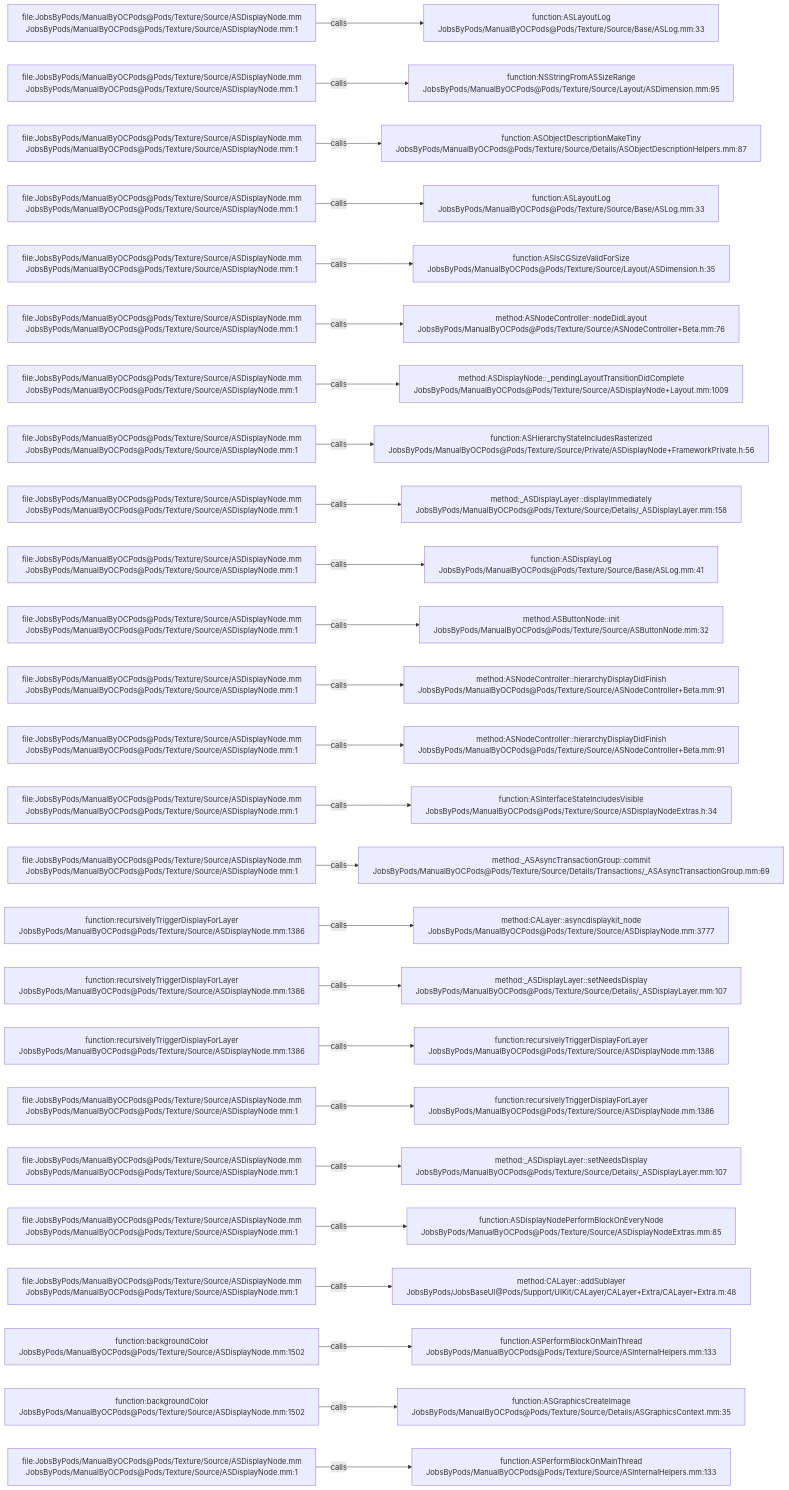
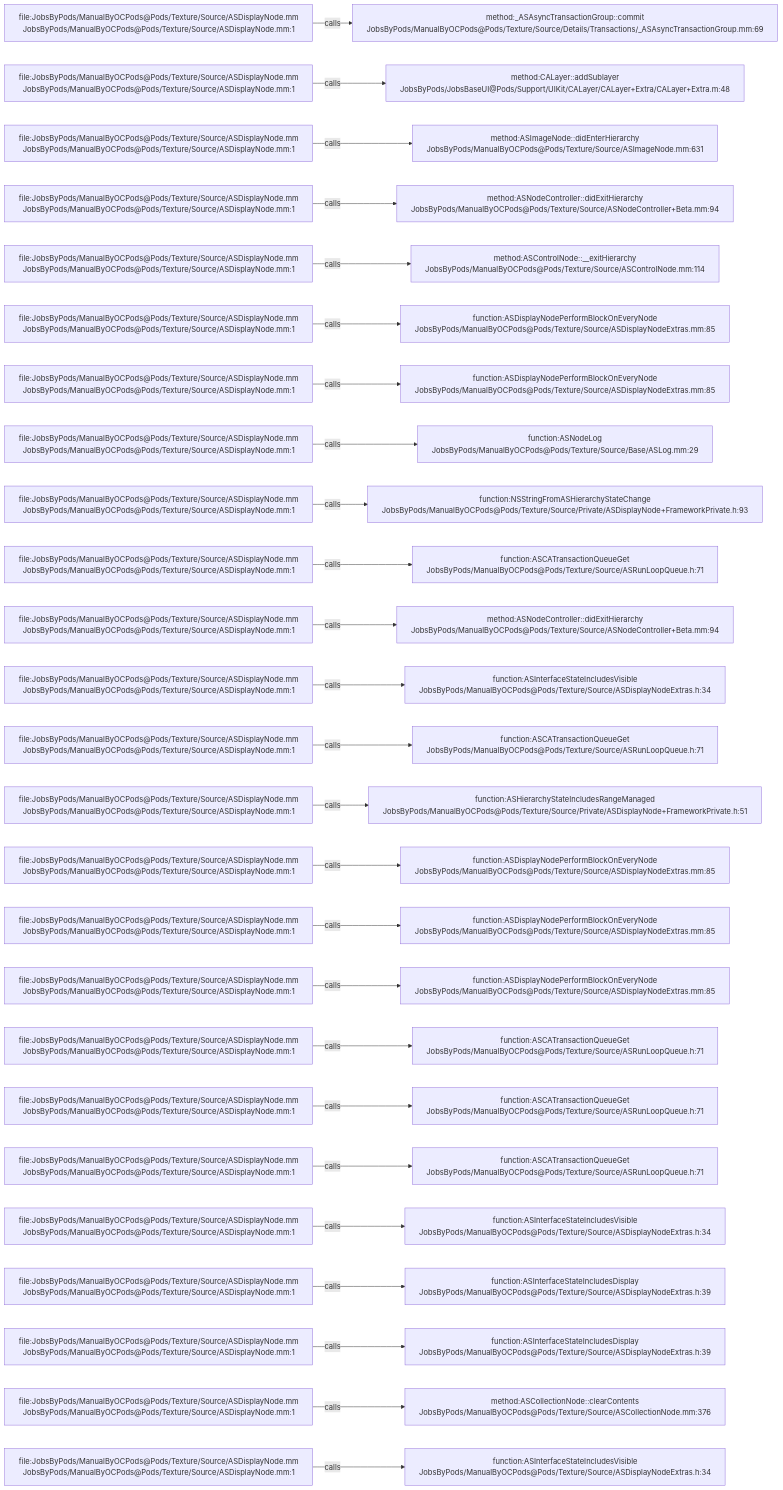
The diagram in .codegraph/codegraph.md/graphs/calls-100.md (JobsKits/JobsOCBaseConfigDemo), drawn with Mermaid before and after one commit. The commit also changed 1353 other files, not shown here.

````diff
--- a/.codegraph/codegraph.md/graphs/calls-100.md
+++ b/.codegraph/codegraph.md/graphs/calls-100.md
@@ -13,78 +13,78 @@
 ```mermaid
 flowchart LR
   S1["file:JobsByPods/ManualByOCPods@Pods/Texture/Source/ASDisplayNode.mm<br/>JobsByPods/ManualByOCPods@Pods/Texture/Source/ASDisplayNode.mm:1"]
-  T1["function:ASLayoutLog<br/>JobsByPods/ManualByOCPods@Pods/Texture/Source/Base/ASLog.mm:33"]
+  T1["method:_ASAsyncTransactionGroup::commit<br/>JobsByPods/ManualByOCPods@Pods/Texture/Source/Details/Transactions/_ASAsyncTransactionGroup.mm:69"]
   S1 -->|calls| T1
   S2["file:JobsByPods/ManualByOCPods@Pods/Texture/Source/ASDisplayNode.mm<br/>JobsByPods/ManualByOCPods@Pods/Texture/Source/ASDisplayNode.mm:1"]
-  T2["function:NSStringFromASSizeRange<br/>JobsByPods/ManualByOCPods@Pods/Texture/Source/Layout/ASDimension.mm:95"]
+  T2["method:CALayer::addSublayer<br/>JobsByPods/JobsBaseUI@Pods/Support/UIKit/CALayer/CALayer+Extra/CALayer+Extra.m:48"]
   S2 -->|calls| T2
   S3["file:JobsByPods/ManualByOCPods@Pods/Texture/Source/ASDisplayNode.mm<br/>JobsByPods/ManualByOCPods@Pods/Texture/Source/ASDisplayNode.mm:1"]
-  T3["function:ASObjectDescriptionMakeTiny<br/>JobsByPods/ManualByOCPods@Pods/Texture/Source/Details/ASObjectDescriptionHelpers.mm:87"]
+  T3["method:ASImageNode::didEnterHierarchy<br/>JobsByPods/ManualByOCPods@Pods/Texture/Source/ASImageNode.mm:631"]
   S3 -->|calls| T3
   S4["file:JobsByPods/ManualByOCPods@Pods/Texture/Source/ASDisplayNode.mm<br/>JobsByPods/ManualByOCPods@Pods/Texture/Source/ASDisplayNode.mm:1"]
-  T4["function:ASLayoutLog<br/>JobsByPods/ManualByOCPods@Pods/Texture/Source/Base/ASLog.mm:33"]
+  T4["method:ASNodeController::didExitHierarchy<br/>JobsByPods/ManualByOCPods@Pods/Texture/Source/ASNodeController+Beta.mm:94"]
   S4 -->|calls| T4
   S5["file:JobsByPods/ManualByOCPods@Pods/Texture/Source/ASDisplayNode.mm<br/>JobsByPods/ManualByOCPods@Pods/Texture/Source/ASDisplayNode.mm:1"]
-  T5["function:ASIsCGSizeValidForSize<br/>JobsByPods/ManualByOCPods@Pods/Texture/Source/Layout/ASDimension.h:35"]
+  T5["method:ASControlNode::__exitHierarchy<br/>JobsByPods/ManualByOCPods@Pods/Texture/Source/ASControlNode.mm:114"]
   S5 -->|calls| T5
   S6["file:JobsByPods/ManualByOCPods@Pods/Texture/Source/ASDisplayNode.mm<br/>JobsByPods/ManualByOCPods@Pods/Texture/Source/ASDisplayNode.mm:1"]
-  T6["method:ASNodeController::nodeDidLayout<br/>JobsByPods/ManualByOCPods@Pods/Texture/Source/ASNodeController+Beta.mm:76"]
+  T6["function:ASDisplayNodePerformBlockOnEveryNode<br/>JobsByPods/ManualByOCPods@Pods/Texture/Source/ASDisplayNodeExtras.mm:85"]
   S6 -->|calls| T6
   S7["file:JobsByPods/ManualByOCPods@Pods/Texture/Source/ASDisplayNode.mm<br/>JobsByPods/ManualByOCPods@Pods/Texture/Source/ASDisplayNode.mm:1"]
-  T7["method:ASDisplayNode::_pendingLayoutTransitionDidComplete<br/>JobsByPods/ManualByOCPods@Pods/Texture/Source/ASDisplayNode+Layout.mm:1009"]
+  T7["function:ASDisplayNodePerformBlockOnEveryNode<br/>JobsByPods/ManualByOCPods@Pods/Texture/Source/ASDisplayNodeExtras.mm:85"]
   S7 -->|calls| T7
   S8["file:JobsByPods/ManualByOCPods@Pods/Texture/Source/ASDisplayNode.mm<br/>JobsByPods/ManualByOCPods@Pods/Texture/Source/ASDisplayNode.mm:1"]
-  T8["function:ASHierarchyStateIncludesRasterized<br/>JobsByPods/ManualByOCPods@Pods/Texture/Source/Private/ASDisplayNode+FrameworkPrivate.h:56"]
+  T8["function:ASNodeLog<br/>JobsByPods/ManualByOCPods@Pods/Texture/Source/Base/ASLog.mm:29"]
   S8 -->|calls| T8
   S9["file:JobsByPods/ManualByOCPods@Pods/Texture/Source/ASDisplayNode.mm<br/>JobsByPods/ManualByOCPods@Pods/Texture/Source/ASDisplayNode.mm:1"]
-  T9["method:_ASDisplayLayer::displayImmediately<br/>JobsByPods/ManualByOCPods@Pods/Texture/Source/Details/_ASDisplayLayer.mm:158"]
+  T9["function:NSStringFromASHierarchyStateChange<br/>JobsByPods/ManualByOCPods@Pods/Texture/Source/Private/ASDisplayNode+FrameworkPrivate.h:93"]
   S9 -->|calls| T9
   S10["file:JobsByPods/ManualByOCPods@Pods/Texture/Source/ASDisplayNode.mm<br/>JobsByPods/ManualByOCPods@Pods/Texture/Source/ASDisplayNode.mm:1"]
-  T10["function:ASDisplayLog<br/>JobsByPods/ManualByOCPods@Pods/Texture/Source/Base/ASLog.mm:41"]
+  T10["function:ASCATransactionQueueGet<br/>JobsByPods/ManualByOCPods@Pods/Texture/Source/ASRunLoopQueue.h:71"]
   S10 -->|calls| T10
   S11["file:JobsByPods/ManualByOCPods@Pods/Texture/Source/ASDisplayNode.mm<br/>JobsByPods/ManualByOCPods@Pods/Texture/Source/ASDisplayNode.mm:1"]
-  T11["method:ASButtonNode::init<br/>JobsByPods/ManualByOCPods@Pods/Texture/Source/ASButtonNode.mm:32"]
+  T11["method:ASNodeController::didExitHierarchy<br/>JobsByPods/ManualByOCPods@Pods/Texture/Source/ASNodeController+Beta.mm:94"]
   S11 -->|calls| T11
   S12["file:JobsByPods/ManualByOCPods@Pods/Texture/Source/ASDisplayNode.mm<br/>JobsByPods/ManualByOCPods@Pods/Texture/Source/ASDisplayNode.mm:1"]
-  T12["method:ASNodeController::hierarchyDisplayDidFinish<br/>JobsByPods/ManualByOCPods@Pods/Texture/Source/ASNodeController+Beta.mm:91"]
+  T12["function:ASInterfaceStateIncludesVisible<br/>JobsByPods/ManualByOCPods@Pods/Texture/Source/ASDisplayNodeExtras.h:34"]
   S12 -->|calls| T12
   S13["file:JobsByPods/ManualByOCPods@Pods/Texture/Source/ASDisplayNode.mm<br/>JobsByPods/ManualByOCPods@Pods/Texture/Source/ASDisplayNode.mm:1"]
-  T13["method:ASNodeController::hierarchyDisplayDidFinish<br/>JobsByPods/ManualByOCPods@Pods/Texture/Source/ASNodeController+Beta.mm:91"]
+  T13["function:ASCATransactionQueueGet<br/>JobsByPods/ManualByOCPods@Pods/Texture/Source/ASRunLoopQueue.h:71"]
   S13 -->|calls| T13
   S14["file:JobsByPods/ManualByOCPods@Pods/Texture/Source/ASDisplayNode.mm<br/>JobsByPods/ManualByOCPods@Pods/Texture/Source/ASDisplayNode.mm:1"]
-  T14["function:ASInterfaceStateIncludesVisible<br/>JobsByPods/ManualByOCPods@Pods/Texture/Source/ASDisplayNodeExtras.h:34"]
+  T14["function:ASHierarchyStateIncludesRangeManaged<br/>JobsByPods/ManualByOCPods@Pods/Texture/Source/Private/ASDisplayNode+FrameworkPrivate.h:51"]
   S14 -->|calls| T14
   S15["file:JobsByPods/ManualByOCPods@Pods/Texture/Source/ASDisplayNode.mm<br/>JobsByPods/ManualByOCPods@Pods/Texture/Source/ASDisplayNode.mm:1"]
-  T15["method:_ASAsyncTransactionGroup::commit<br/>JobsByPods/ManualByOCPods@Pods/Texture/Source/Details/Transactions/_ASAsyncTransactionGroup.mm:69"]
+  T15["function:ASDisplayNodePerformBlockOnEveryNode<br/>JobsByPods/ManualByOCPods@Pods/Texture/Source/ASDisplayNodeExtras.mm:85"]
   S15 -->|calls| T15
-  S16["function:recursivelyTriggerDisplayForLayer<br/>JobsByPods/ManualByOCPods@Pods/Texture/Source/ASDisplayNode.mm:1386"]
-  T16["method:CALayer::asyncdisplaykit_node<br/>JobsByPods/ManualByOCPods@Pods/Texture/Source/ASDisplayNode.mm:3777"]
+  S16["file:JobsByPods/ManualByOCPods@Pods/Texture/Source/ASDisplayNode.mm<br/>JobsByPods/ManualByOCPods@Pods/Texture/Source/ASDisplayNode.mm:1"]
+  T16["function:ASDisplayNodePerformBlockOnEveryNode<br/>JobsByPods/ManualByOCPods@Pods/Texture/Source/ASDisplayNodeExtras.mm:85"]
   S16 -->|calls| T16
-  S17["function:recursivelyTriggerDisplayForLayer<br/>JobsByPods/ManualByOCPods@Pods/Texture/Source/ASDisplayNode.mm:1386"]
-  T17["method:_ASDisplayLayer::setNeedsDisplay<br/>JobsByPods/ManualByOCPods@Pods/Texture/Source/Details/_ASDisplayLayer.mm:107"]
+  S17["file:JobsByPods/ManualByOCPods@Pods/Texture/Source/ASDisplayNode.mm<br/>JobsByPods/ManualByOCPods@Pods/Texture/Source/ASDisplayNode.mm:1"]
+  T17["function:ASDisplayNodePerformBlockOnEveryNode<br/>JobsByPods/ManualByOCPods@Pods/Texture/Source/ASDisplayNodeExtras.mm:85"]
   S17 -->|calls| T17
-  S18["function:recursivelyTriggerDisplayForLayer<br/>JobsByPods/ManualByOCPods@Pods/Texture/Source/ASDisplayNode.mm:1386"]
-  T18["function:recursivelyTriggerDisplayForLayer<br/>JobsByPods/ManualByOCPods@Pods/Texture/Source/ASDisplayNode.mm:1386"]
+  S18["file:JobsByPods/ManualByOCPods@Pods/Texture/Source/ASDisplayNode.mm<br/>JobsByPods/ManualByOCPods@Pods/Texture/Source/ASDisplayNode.mm:1"]
+  T18["function:ASCATransactionQueueGet<br/>JobsByPods/ManualByOCPods@Pods/Texture/Source/ASRunLoopQueue.h:71"]
   S18 -->|calls| T18
   S19["file:JobsByPods/ManualByOCPods@Pods/Texture/Source/ASDisplayNode.mm<br/>JobsByPods/ManualByOCPods@Pods/Texture/Source/ASDisplayNode.mm:1"]
-  T19["function:recursivelyTriggerDisplayForLayer<br/>JobsByPods/ManualByOCPods@Pods/Texture/Source/ASDisplayNode.mm:1386"]
+  T19["function:ASCATransactionQueueGet<br/>JobsByPods/ManualByOCPods@Pods/Texture/Source/ASRunLoopQueue.h:71"]
   S19 -->|calls| T19
   S20["file:JobsByPods/ManualByOCPods@Pods/Texture/Source/ASDisplayNode.mm<br/>JobsByPods/ManualByOCPods@Pods/Texture/Source/ASDisplayNode.mm:1"]
-  T20["method:_ASDisplayLayer::setNeedsDisplay<br/>JobsByPods/ManualByOCPods@Pods/Texture/Source/Details/_ASDisplayLayer.mm:107"]
+  T20["function:ASCATransactionQueueGet<br/>JobsByPods/ManualByOCPods@Pods/Texture/Source/ASRunLoopQueue.h:71"]
   S20 -->|calls| T20
   S21["file:JobsByPods/ManualByOCPods@Pods/Texture/Source/ASDisplayNode.mm<br/>JobsByPods/ManualByOCPods@Pods/Texture/Source/ASDisplayNode.mm:1"]
-  T21["function:ASDisplayNodePerformBlockOnEveryNode<br/>JobsByPods/ManualByOCPods@Pods/Texture/Source/ASDisplayNodeExtras.mm:85"]
+  T21["function:ASInterfaceStateIncludesVisible<br/>JobsByPods/ManualByOCPods@Pods/Texture/Source/ASDisplayNodeExtras.h:34"]
   S21 -->|calls| T21
   S22["file:JobsByPods/ManualByOCPods@Pods/Texture/Source/ASDisplayNode.mm<br/>JobsByPods/ManualByOCPods@Pods/Texture/Source/ASDisplayNode.mm:1"]
-  T22["method:CALayer::addSublayer<br/>JobsByPods/JobsBaseUI@Pods/Support/UIKit/CALayer/CALayer+Extra/CALayer+Extra.m:48"]
+  T22["function:ASInterfaceStateIncludesDisplay<br/>JobsByPods/ManualByOCPods@Pods/Texture/Source/ASDisplayNodeExtras.h:39"]
   S22 -->|calls| T22
-  S23["function:backgroundColor<br/>JobsByPods/ManualByOCPods@Pods/Texture/Source/ASDisplayNode.mm:1502"]
-  T23["function:ASPerformBlockOnMainThread<br/>JobsByPods/ManualByOCPods@Pods/Texture/Source/ASInternalHelpers.mm:133"]
+  S23["file:JobsByPods/ManualByOCPods@Pods/Texture/Source/ASDisplayNode.mm<br/>JobsByPods/ManualByOCPods@Pods/Texture/Source/ASDisplayNode.mm:1"]
+  T23["function:ASInterfaceStateIncludesDisplay<br/>JobsByPods/ManualByOCPods@Pods/Texture/Source/ASDisplayNodeExtras.h:39"]
   S23 -->|calls| T23
-  S24["function:backgroundColor<br/>JobsByPods/ManualByOCPods@Pods/Texture/Source/ASDisplayNode.mm:1502"]
-  T24["function:ASGraphicsCreateImage<br/>JobsByPods/ManualByOCPods@Pods/Texture/Source/Details/ASGraphicsContext.mm:35"]
+  S24["file:JobsByPods/ManualByOCPods@Pods/Texture/Source/ASDisplayNode.mm<br/>JobsByPods/ManualByOCPods@Pods/Texture/Source/ASDisplayNode.mm:1"]
+  T24["method:ASCollectionNode::clearContents<br/>JobsByPods/ManualByOCPods@Pods/Texture/Source/ASCollectionNode.mm:376"]
   S24 -->|calls| T24
   S25["file:JobsByPods/ManualByOCPods@Pods/Texture/Source/ASDisplayNode.mm<br/>JobsByPods/ManualByOCPods@Pods/Texture/Source/ASDisplayNode.mm:1"]
-  T25["function:ASPerformBlockOnMainThread<br/>JobsByPods/ManualByOCPods@Pods/Texture/Source/ASInternalHelpers.mm:133"]
+  T25["function:ASInterfaceStateIncludesVisible<br/>JobsByPods/ManualByOCPods@Pods/Texture/Source/ASDisplayNodeExtras.h:34"]
   S25 -->|calls| T25
 ```
````
